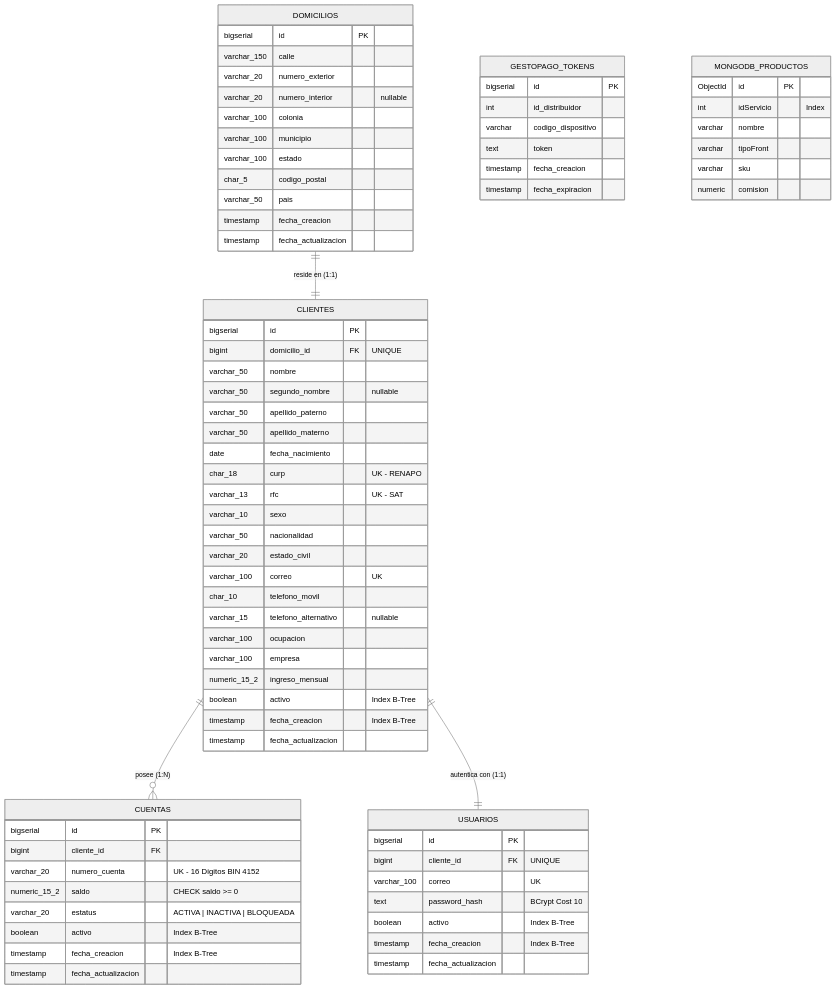
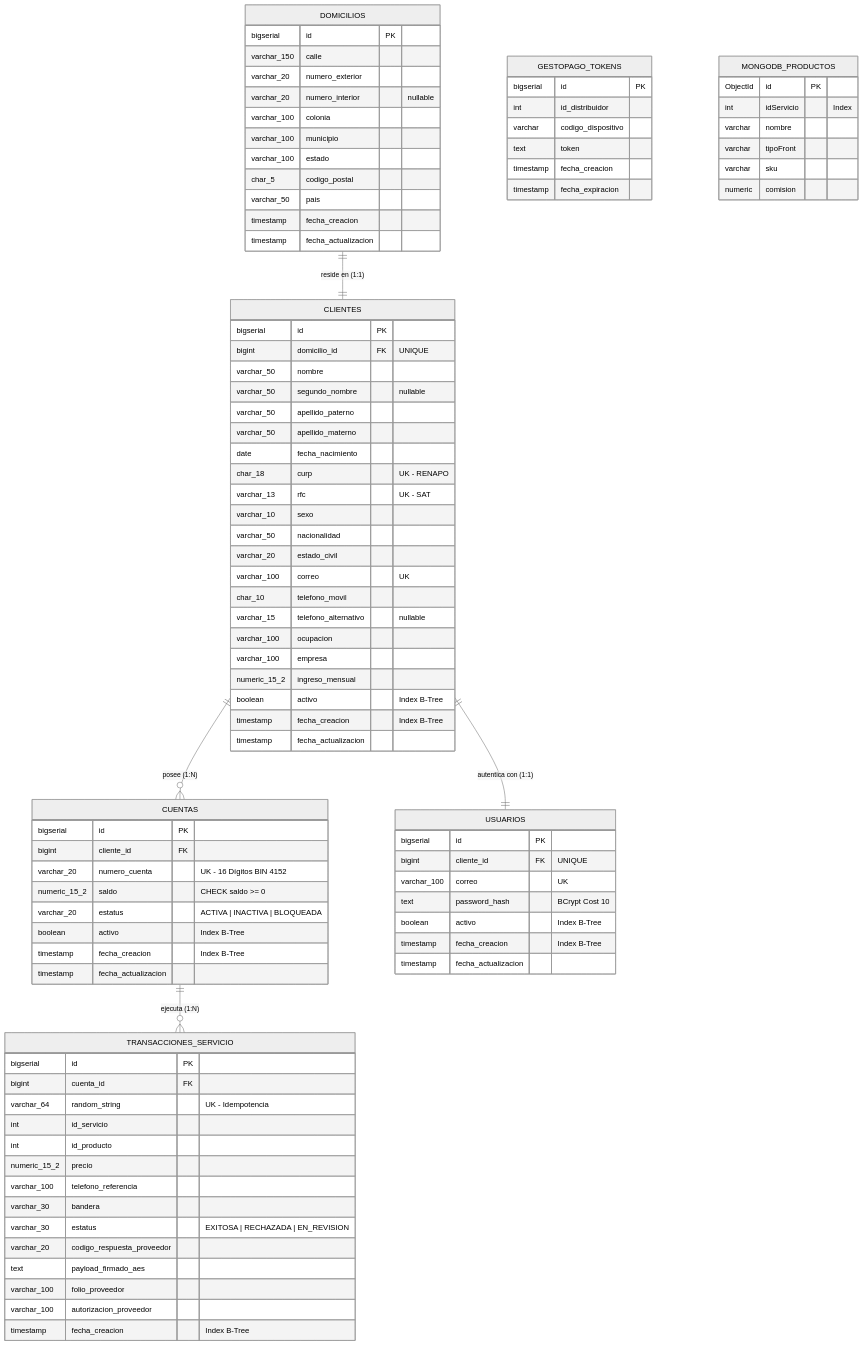
Before and after one commit to Tanquex/pruebaGestoPagos_CSAS: the diagram in README.md, drawn with Mermaid (neutral theme). The commit also changed other lines of this file and 23 other files, not shown here.

```diff
--- a/README.md
+++ b/README.md
@@ -55,6 +55,7 @@
     DOMICILIOS ||--|| CLIENTES : "reside en (1:1)"
     CLIENTES ||--o{ CUENTAS : "posee (1:N)"
     CLIENTES ||--|| USUARIOS : "autentica con (1:1)"
+    CUENTAS ||--o{ TRANSACCIONES_SERVICIO : "ejecuta (1:N)"
     GESTOPAGO_TOKENS {
         bigserial id PK
         int id_distribuidor
@@ -62,6 +63,23 @@
         text token
         timestamp fecha_creacion
         timestamp fecha_expiracion
+    }
+
+    TRANSACCIONES_SERVICIO {
+        bigserial id PK
+        bigint cuenta_id FK
+        varchar_64 random_string "UK - Idempotencia"
+        int id_servicio
+        int id_producto
+        numeric_15_2 precio
+        varchar_100 telefono_referencia
+        varchar_30 bandera
+        varchar_30 estatus "EXITOSA | RECHAZADA | EN_REVISION"
+        varchar_20 codigo_respuesta_proveedor
+        text payload_firmado_aes
+        varchar_100 folio_proveedor
+        varchar_100 autorizacion_proveedor
+        timestamp fecha_creacion "Index B-Tree"
     }
 
     DOMICILIOS {
```
